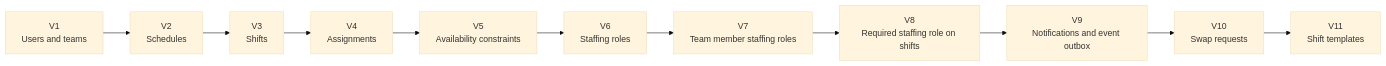
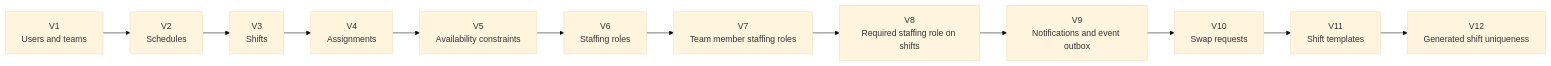
Before and after one commit to HiliMor/shift-management-system: diagram 19 of 19 in docs/current-backend-architecture.md, drawn with Mermaid (base theme). The commit also changed other lines of this file and 12 other files, not shown here.

````diff
--- a/docs/current-backend-architecture.md
+++ b/docs/current-backend-architecture.md
@@ -727,16 +727,17 @@
 ```mermaid
 flowchart LR
     v1["V1<br/>Users and teams"]
     v2["V2<br/>Schedules"]
     v3["V3<br/>Shifts"]
     v4["V4<br/>Assignments"]
     v5["V5<br/>Availability constraints"]
     v6["V6<br/>Staffing roles"]
     v7["V7<br/>Team member staffing roles"]
     v8["V8<br/>Required staffing role on shifts"]
     v9["V9<br/>Notifications and event outbox"]
     v10["V10<br/>Swap requests"]
     v11["V11<br/>Shift templates"]
+    v12["V12<br/>Generated shift uniqueness"]
 
-    v1 --> v2 --> v3 --> v4 --> v5 --> v6 --> v7 --> v8 --> v9 --> v10 --> v11
+    v1 --> v2 --> v3 --> v4 --> v5 --> v6 --> v7 --> v8 --> v9 --> v10 --> v11 --> v12
 ```
````
